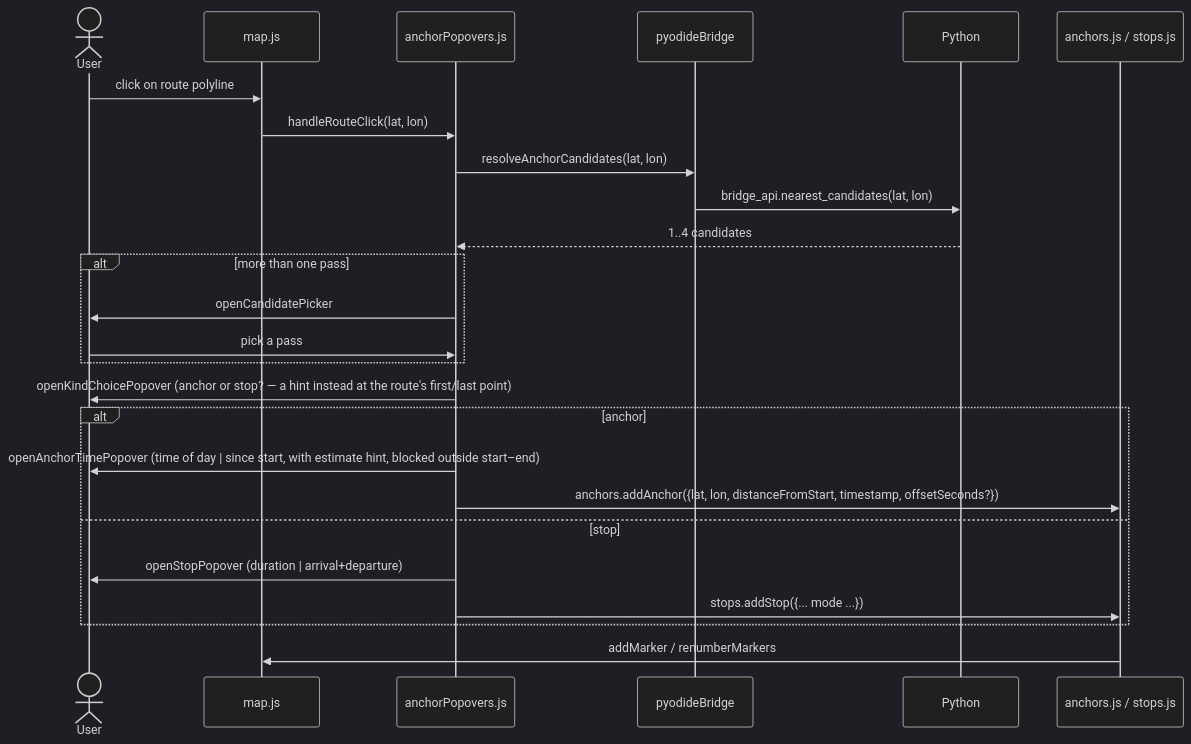
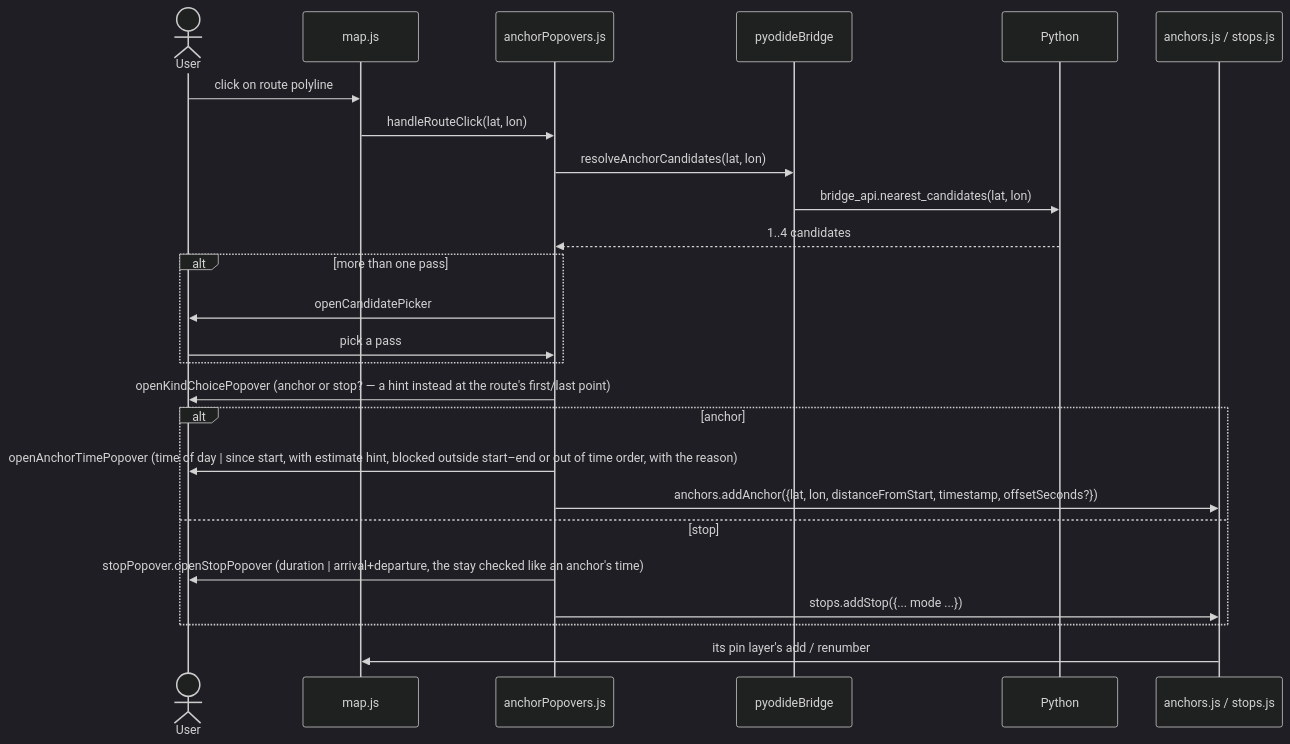
Before and after one commit to martin-iflap/GPX_to_FIT: diagram 13 of 16 in docs/ARCHITECTURE.md, drawn with Mermaid (dark theme). The commit also changed other lines of this file and 72 other files, not shown here.

````diff
--- a/docs/ARCHITECTURE.md
+++ b/docs/ARCHITECTURE.md
@@ -941,27 +993,27 @@
 ```mermaid
 sequenceDiagram
   actor U as User
   participant M as map.js
   participant AP as anchorPopovers.js
   participant B as pyodideBridge
   participant P as Python
   participant L as anchors.js / stops.js
   U->>M: click on route polyline
   M->>AP: handleRouteClick(lat, lon)
   AP->>B: resolveAnchorCandidates(lat, lon)
   B->>P: bridge_api.nearest_candidates(lat, lon)
   P-->>AP: 1..4 candidates
   alt more than one pass
     AP->>U: openCandidatePicker
     U->>AP: pick a pass
   end
   AP->>U: openKindChoicePopover (anchor or stop? — a hint instead at the route's first/last point)
   alt anchor
-    AP->>U: openAnchorTimePopover (time of day | since start, with estimate hint, blocked outside start–end)
+    AP->>U: openAnchorTimePopover (time of day | since start, with estimate hint, blocked outside start–end or out of time order, with the reason)
     AP->>L: anchors.addAnchor({lat, lon, distanceFromStart, timestamp, offsetSeconds?})
   else stop
-    AP->>U: openStopPopover (duration | arrival+departure)
+    AP->>U: stopPopover.openStopPopover (duration | arrival+departure, the stay checked like an anchor's time)
     AP->>L: stops.addStop({... mode ...})
   end
-  L->>M: addMarker / renumberMarkers
+  L->>M: its pin layer's add / renumber
 ```
````
